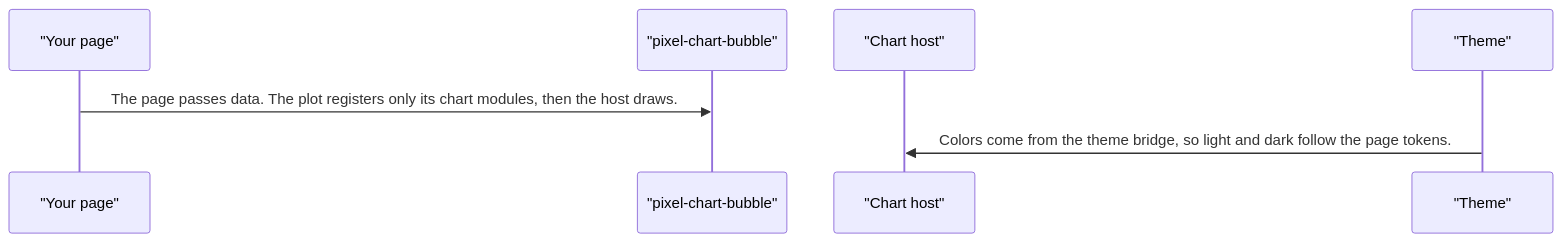
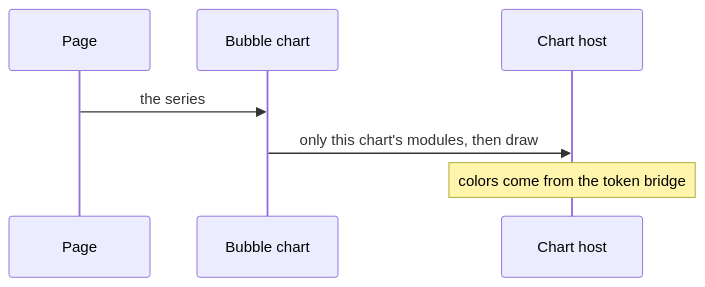
Before and after one commit to RajshekharBorate/pixel-ui: the second of 5 diagrams in projects/pixel-ui/src/lib/pixel-chart-bubble/DESIGN.md, drawn with Mermaid. The commit also changed other lines of this file and 73 other files, not shown here.

Commit message:
Explain who owns each value and what each flow does in every component and service design.

````diff
--- a/projects/pixel-ui/src/lib/pixel-chart-bubble/DESIGN.md
+++ b/projects/pixel-ui/src/lib/pixel-chart-bubble/DESIGN.md
@@ -59,9 +75,9 @@
 ```mermaid
 sequenceDiagram
-  participant page as "Your page"
-  participant plot as "pixel-chart-bubble"
-  participant host as "Chart host"
-  participant theme as "Theme"
-  page->>plot: The page passes data. The plot registers only its chart modules, then the host draws.
-  theme->>host: Colors come from the theme bridge, so light and dark follow the page tokens.
+  participant Page
+  participant Plot as Bubble chart
+  participant Host as Chart host
+  Page->>Plot: the series
+  Plot->>Host: only this chart's modules, then draw
+  Note over Host: colors come from the token bridge
 ```
````
